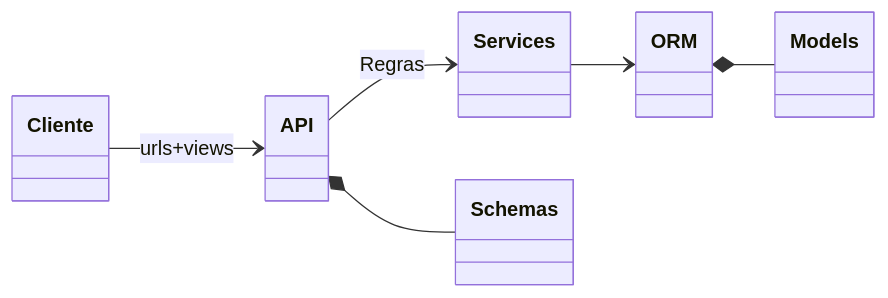
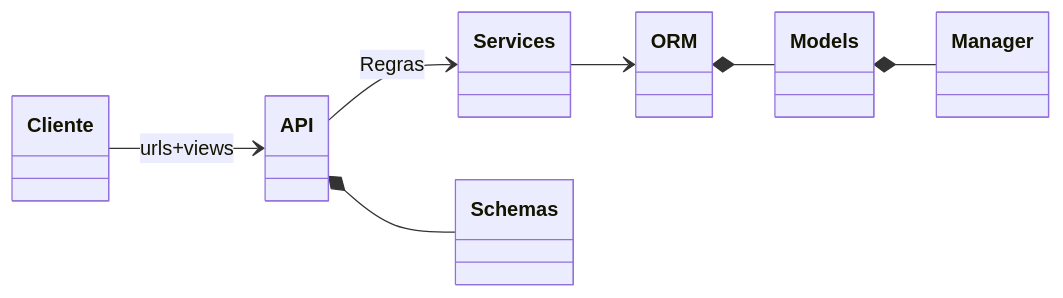
Before and after one commit to huogerac/wimbledon: the third of 3 diagrams in README.md, drawn with Mermaid. The commit also changed other lines of this file and 4 other files, not shown here.

````diff
--- a/README.md
+++ b/README.md
@@ -523,9 +492,10 @@
 ```mermaid
 classDiagram
     direction LR
     Cliente --> API: urls+views
     API --> Services : Regras
     API *-- Schemas
     Services --> ORM
     ORM *-- Models
+    Models *-- Manager
 ```
````
